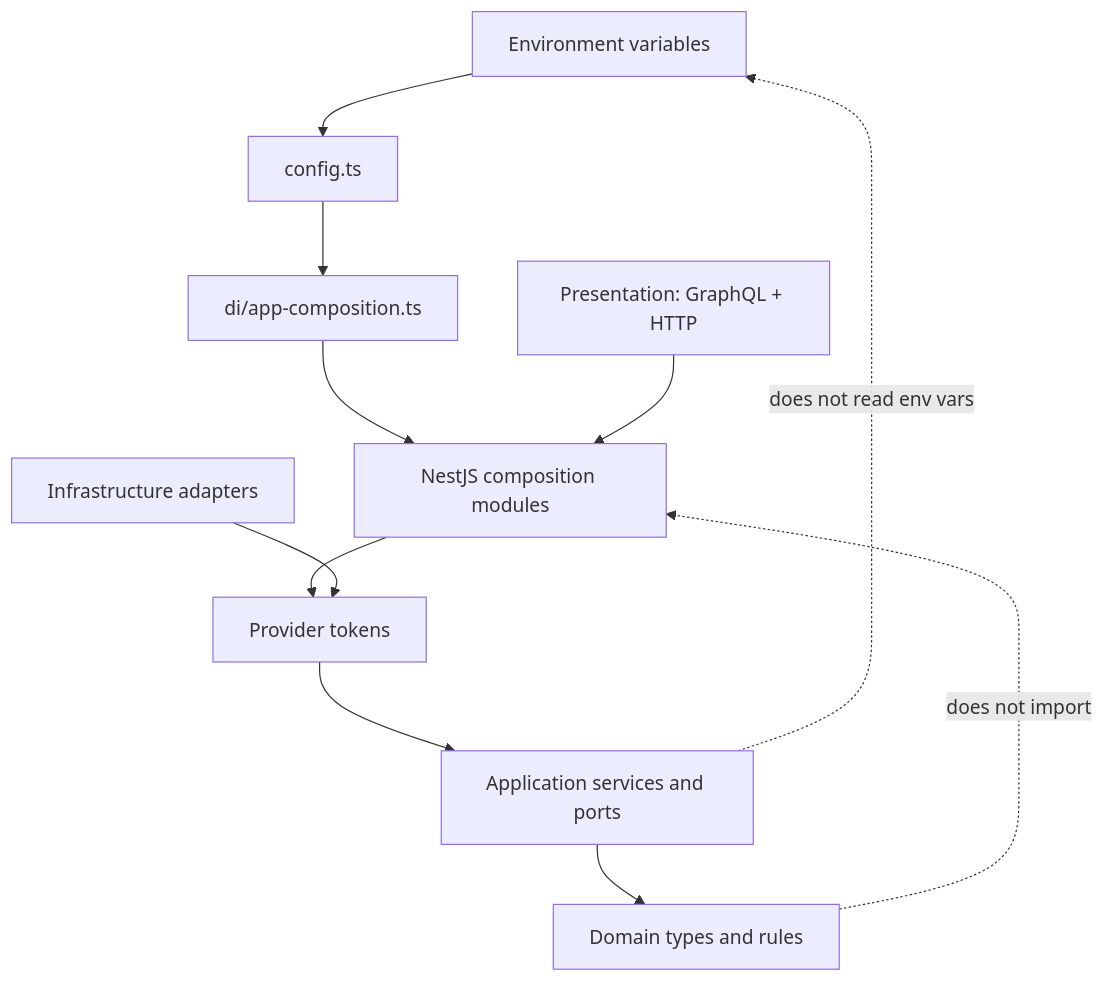
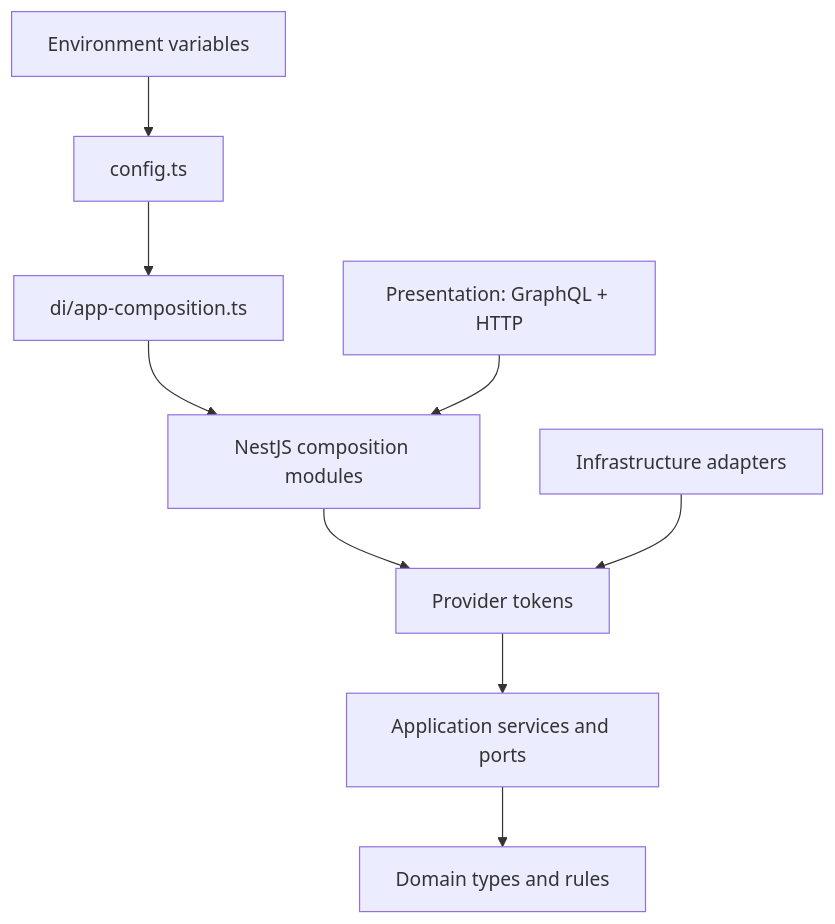
One commit to patex1987/golden-path-ecs-template changed the third of 3 diagrams in docs/architecture/service-di-composition.md. Above: the diagram before and after it, drawn with Mermaid. The commit also changed other lines of this file and 26 other files, not shown here.

````diff
--- a/docs/architecture/service-di-composition.md
+++ b/docs/architecture/service-di-composition.md
@@ -113,15 +117,14 @@
 ```mermaid
 flowchart TB
   A["Environment variables"] --> B["config.ts"]
   B --> C["di/app-composition.ts"]
   C --> D["NestJS composition modules"]
   D --> E["Provider tokens"]
   E --> F["Application services and ports"]
   F --> G["Domain types and rules"]
 
   I["Infrastructure adapters"] --> E
   J["Presentation: GraphQL + HTTP"] --> D
 
-  G -. "does not import" .-> D
-  F -. "does not read env vars" .-> A
+
 ```
````
